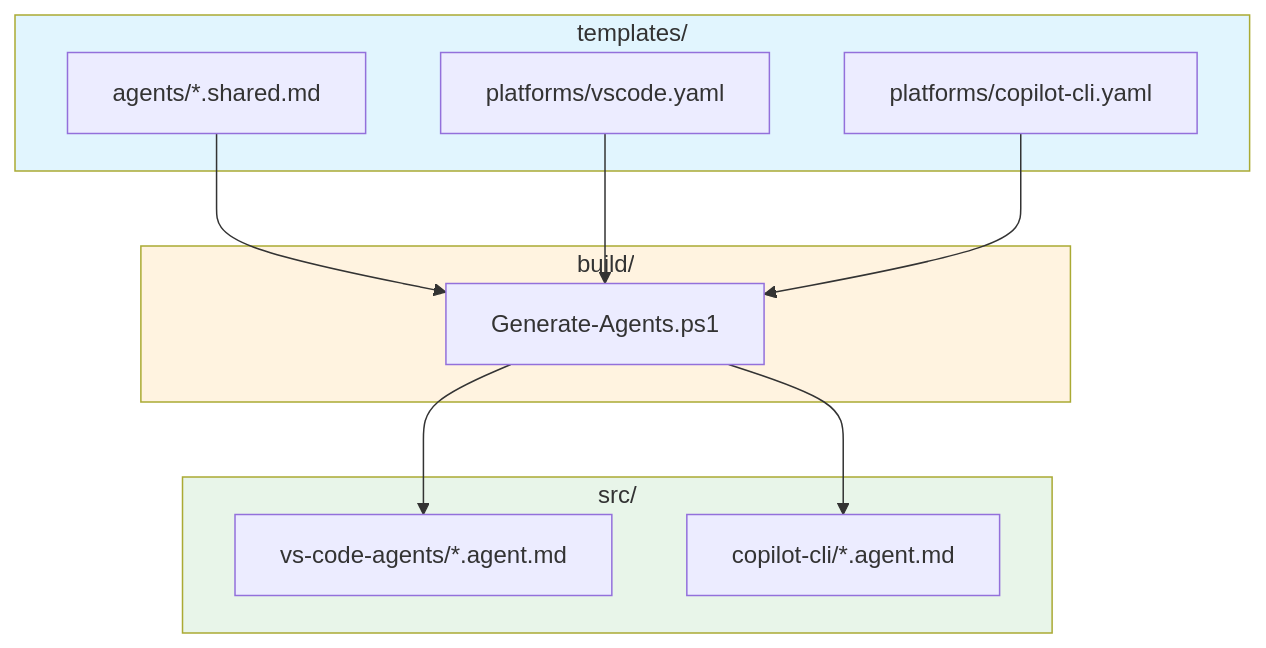
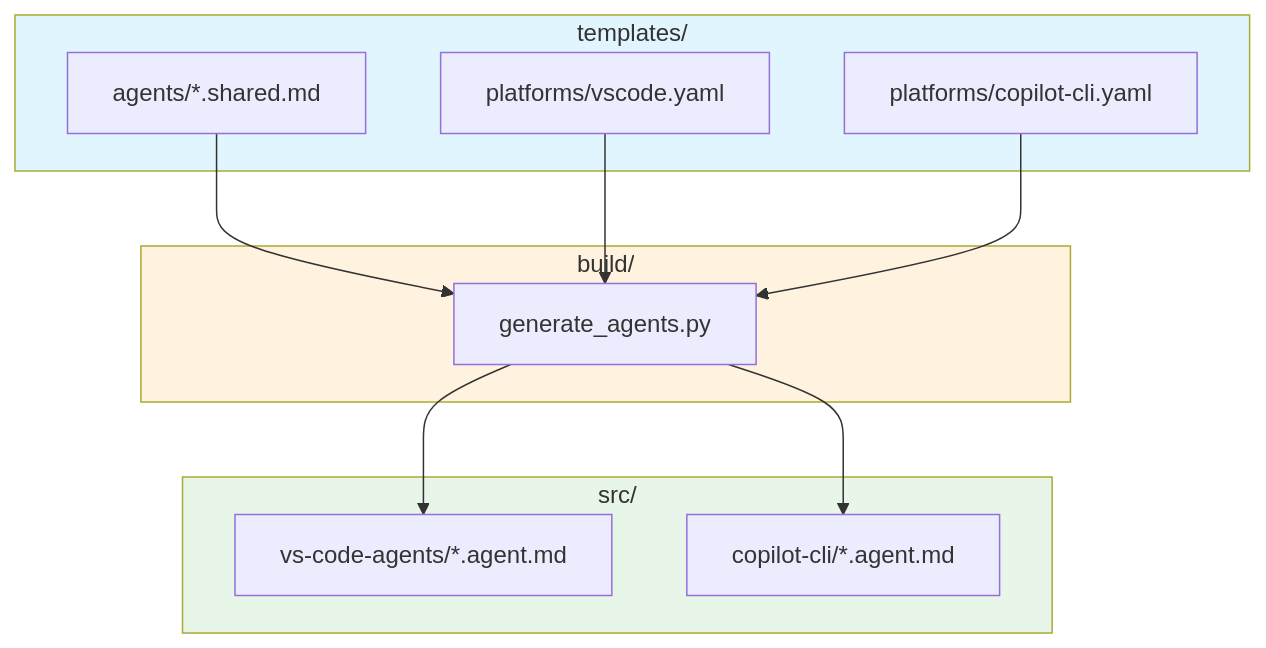
The first of 2 diagrams in templates/AGENTS.md (rjmurillo/ai-agents), drawn with Mermaid before and after one commit. The commit also changed other lines of this file and 13 other files, not shown here.

````diff
--- a/templates/AGENTS.md
+++ b/templates/AGENTS.md
@@ -50,27 +50,27 @@
 ```mermaid
 flowchart TD
     subgraph Templates["templates/"]
         A1[agents/*.shared.md]
         P1[platforms/vscode.yaml]
         P2[platforms/copilot-cli.yaml]
     end
 
     subgraph Build["build/"]
-        GEN[Generate-Agents.ps1]
+        GEN[generate_agents.py]
     end
 
     subgraph Output["src/"]
         V1[vs-code-agents/*.agent.md]
         C1[copilot-cli/*.agent.md]
     end
 
     A1 --> GEN
     P1 --> GEN
     P2 --> GEN
     GEN --> V1
     GEN --> C1
 
     style Templates fill:#e1f5fe
     style Build fill:#fff3e0
     style Output fill:#e8f5e9
 ```
````
